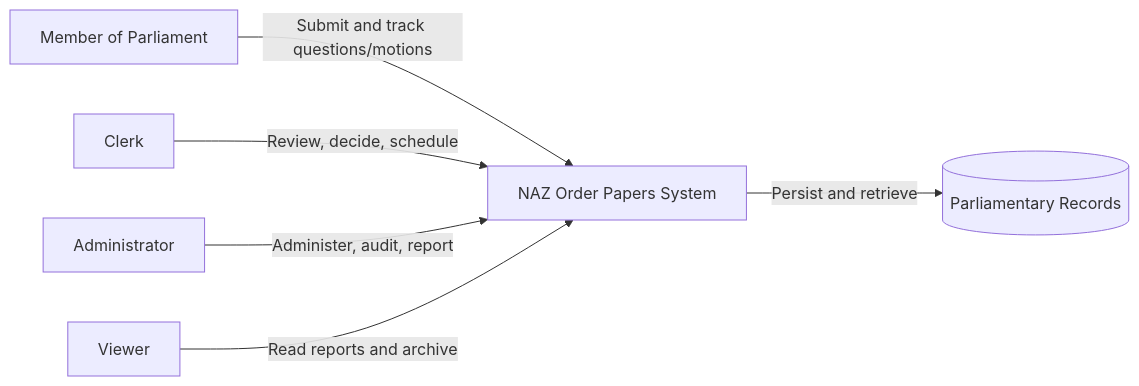
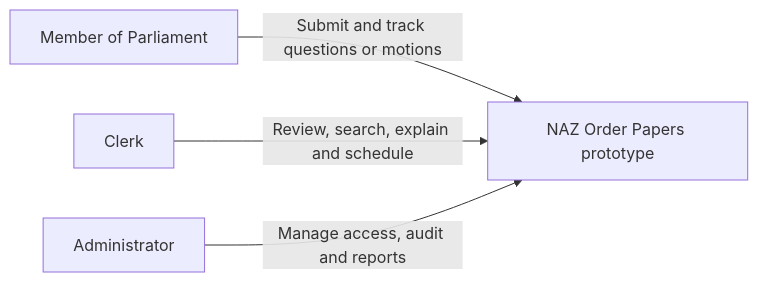
Before and after one commit to brucemainza/NAZ-ORDER-PAPERS-REPO: the first of 8 diagrams in docs/system-architecture.md, drawn with Mermaid. The commit also changed other lines of this file and 100 other files, not shown here.

````diff
--- a/docs/system-architecture.md
+++ b/docs/system-architecture.md
@@ -8,15 +14,11 @@
 ```mermaid
 flowchart LR
     MP[Member of Parliament]
     CLERK[Clerk]
     ADMIN[Administrator]
-    VIEWER[Viewer]
-    SYSTEM[NAZ Order Papers System]
-    DB[(Parliamentary Records)]
+    SYSTEM[NAZ Order Papers prototype]
 
-    MP -->|Submit and track questions/motions| SYSTEM
-    CLERK -->|Review, decide, schedule| SYSTEM
-    ADMIN -->|Administer, audit, report| SYSTEM
-    VIEWER -->|Read reports and archive| SYSTEM
-    SYSTEM -->|Persist and retrieve| DB
+    MP -->|Submit and track questions or motions| SYSTEM
+    CLERK -->|Review, search, explain and schedule| SYSTEM
+    ADMIN -->|Manage access, audit and reports| SYSTEM
 ```
````
